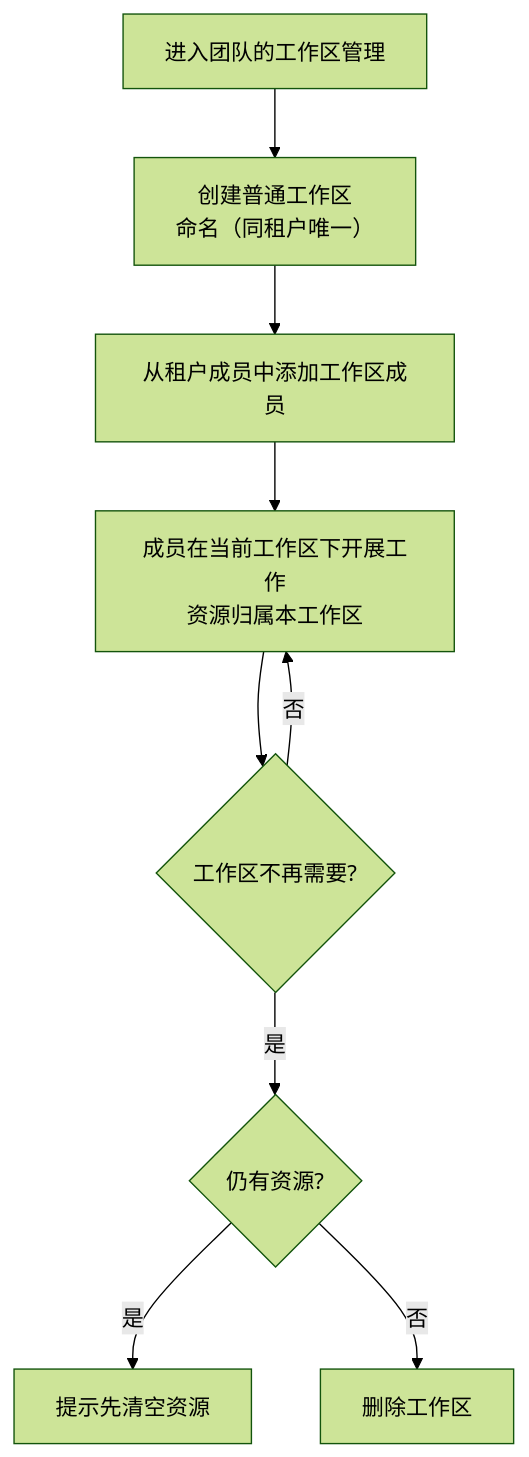
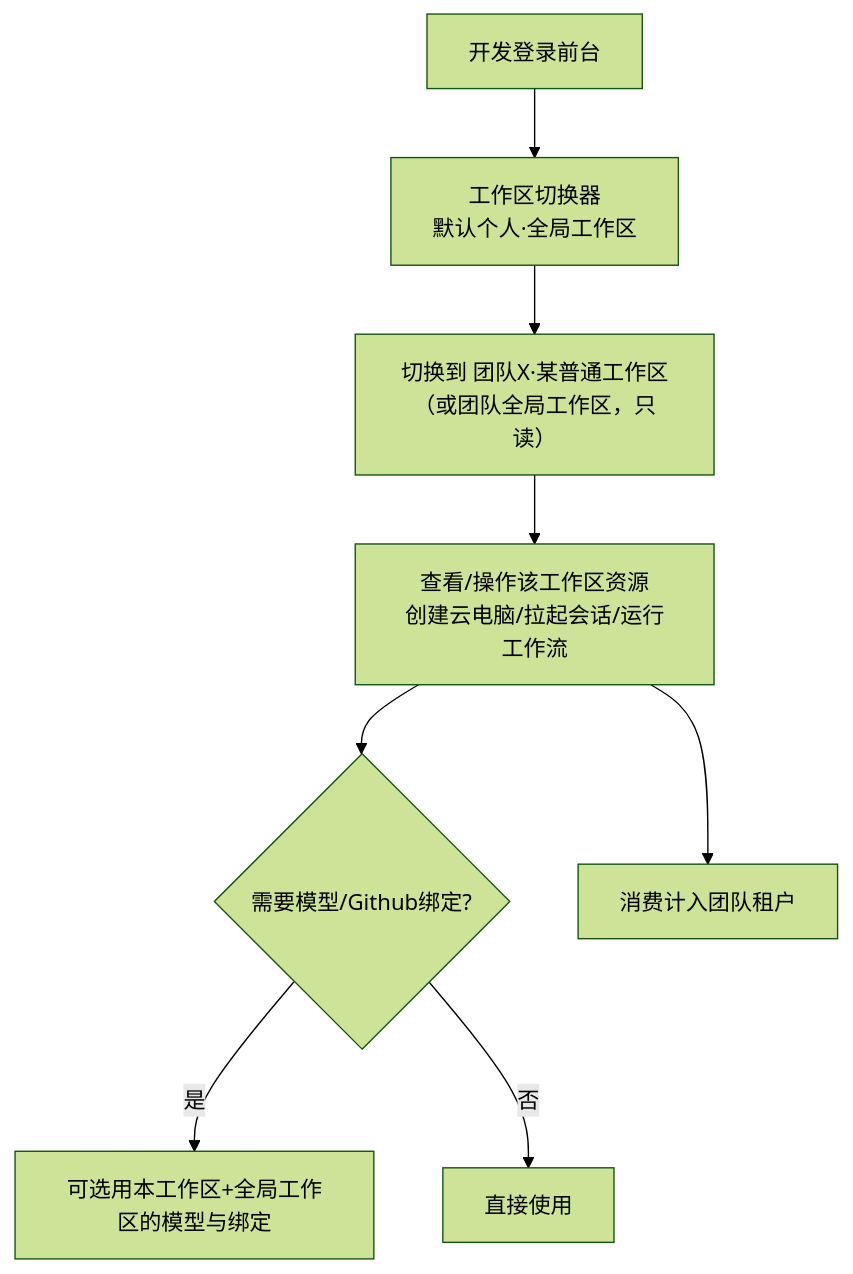
One commit to Deliay/z-agent-gear changed the fourth of 4 diagrams in docs/product/draft/20261028-multi-tenant-phase2.md. Above: the diagram before and after it, drawn with Mermaid (forest theme). The commit also changed other lines of this file and 3 other files, not shown here.

````diff
--- a/docs/product/draft/20261028-multi-tenant-phase2.md
+++ b/docs/product/draft/20261028-multi-tenant-phase2.md
@@ -222,11 +252,10 @@
 ```mermaid
 flowchart TD
-    A[进入团队的工作区管理] --> B[创建普通工作区<br/>命名（同租户唯一）]
-    B --> C[从租户成员中添加工作区成员]
-    C --> D[成员在当前工作区下开展工作<br/>资源归属本工作区]
-    D --> E{工作区不再需要?}
-    E -->|是| F{仍有资源?}
-    F -->|是| G[提示先清空资源]
-    F -->|否| H[删除工作区]
-    E -->|否| D
+    A[开发登录前台] --> B[工作区切换器<br/>默认个人·全局工作区]
+    B --> C[切换到 团队X·某普通工作区<br/>（或团队全局工作区，只读）]
+    C --> D[查看/操作该工作区资源<br/>创建云电脑/拉起会话/运行工作流]
+    D --> E{需要模型/Github绑定?}
+    E -->|是| F[可选用本工作区+全局工作区的模型与绑定]
+    E -->|否| G[直接使用]
+    D --> H[消费计入团队租户]
 ```
````
